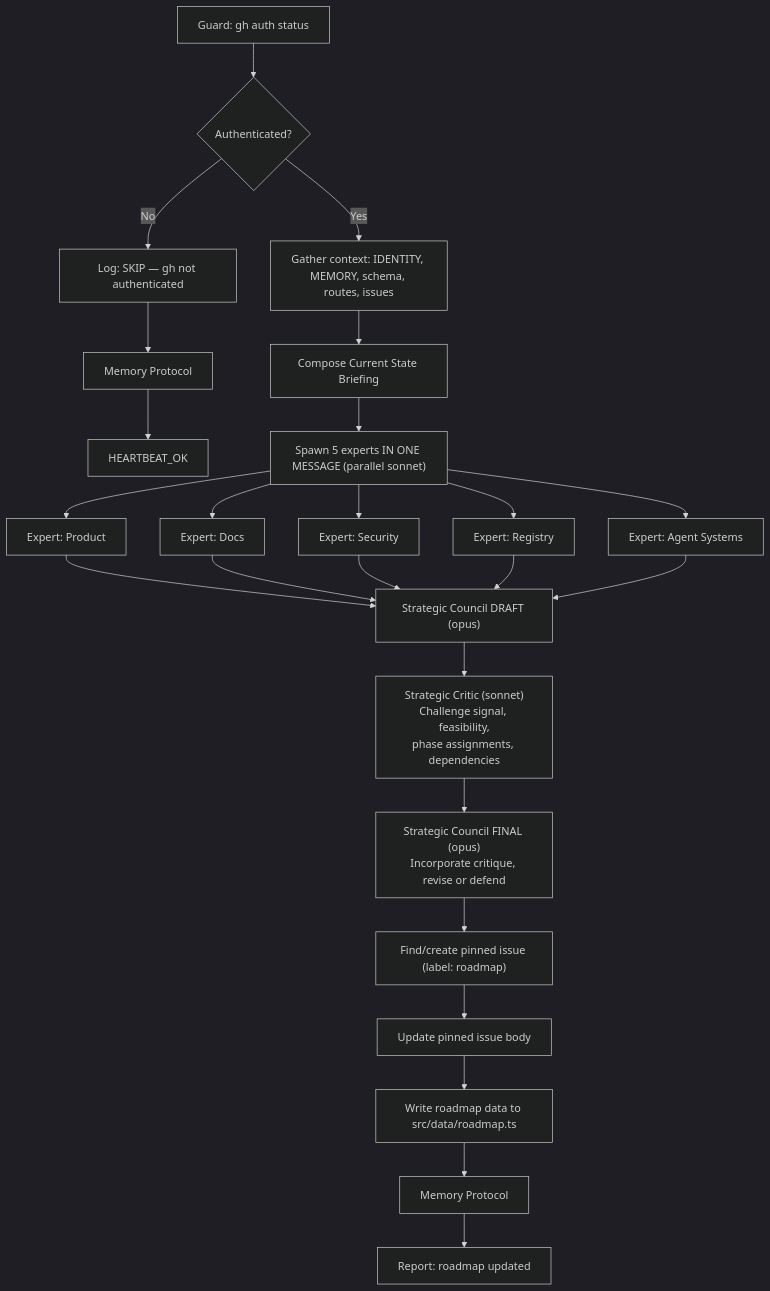
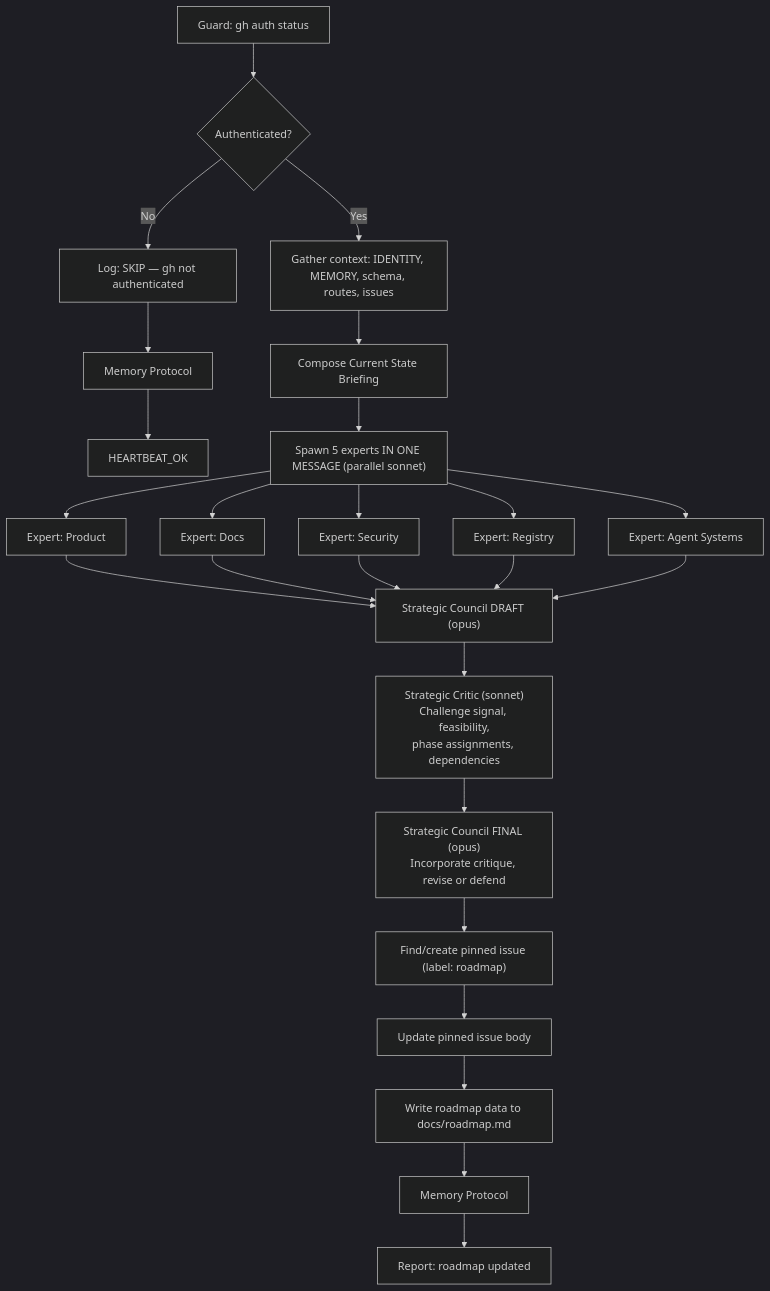
One commit to mifunedev/openharness changed the diagram in .claude/skills/strategic-proposal/SKILL.md. Above: the diagram before and after it, drawn with Mermaid (dark theme). The commit also changed other lines of this file and 7 other files, not shown here.

First line of the commit message:
fix: correct stale apps/ and roadmap path refs in skills (#69)

````diff
--- a/.claude/skills/strategic-proposal/SKILL.md
+++ b/.claude/skills/strategic-proposal/SKILL.md
@@ -35,26 +35,26 @@
 ```mermaid
 flowchart TD
     A["Guard: gh auth status"] --> B{Authenticated?}
     B -->|No| SKIP["Log: SKIP — gh not authenticated"]
     SKIP --> MEM_SKIP[Memory Protocol]
     MEM_SKIP --> Z_SKIP[HEARTBEAT_OK]
 
     B -->|Yes| C["Gather context: IDENTITY, MEMORY, schema, routes, issues"]
     C --> D["Compose Current State Briefing"]
     D --> E["Spawn 5 experts IN ONE MESSAGE (parallel sonnet)"]
 
     E --> E1["Expert: Product"]
     E --> E2["Expert: Docs"]
     E --> E3["Expert: Security"]
     E --> E4["Expert: Registry"]
     E --> E5["Expert: Agent Systems"]
 
     E1 & E2 & E3 & E4 & E5 --> F["Strategic Council DRAFT (opus)"]
     F --> CRITIC["Strategic Critic (sonnet)<br>Challenge signal, feasibility,<br>phase assignments, dependencies"]
     CRITIC --> F2["Strategic Council FINAL (opus)<br>Incorporate critique, revise or defend"]
     F2 --> G["Find/create pinned issue (label: roadmap)"]
     G --> H["Update pinned issue body"]
-    H --> I["Write roadmap data to src/data/roadmap.ts"]
+    H --> I["Write roadmap data to docs/roadmap.md"]
     I --> MEM_OP[Memory Protocol]
     MEM_OP --> Z_OP["Report: roadmap updated"]
 ```
````
